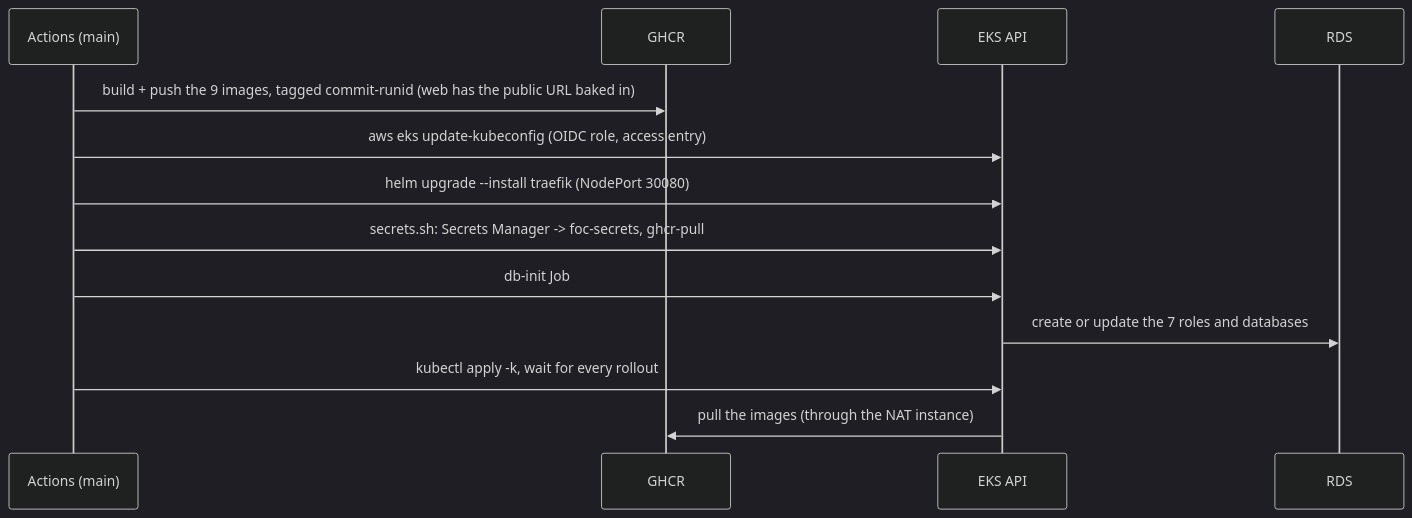
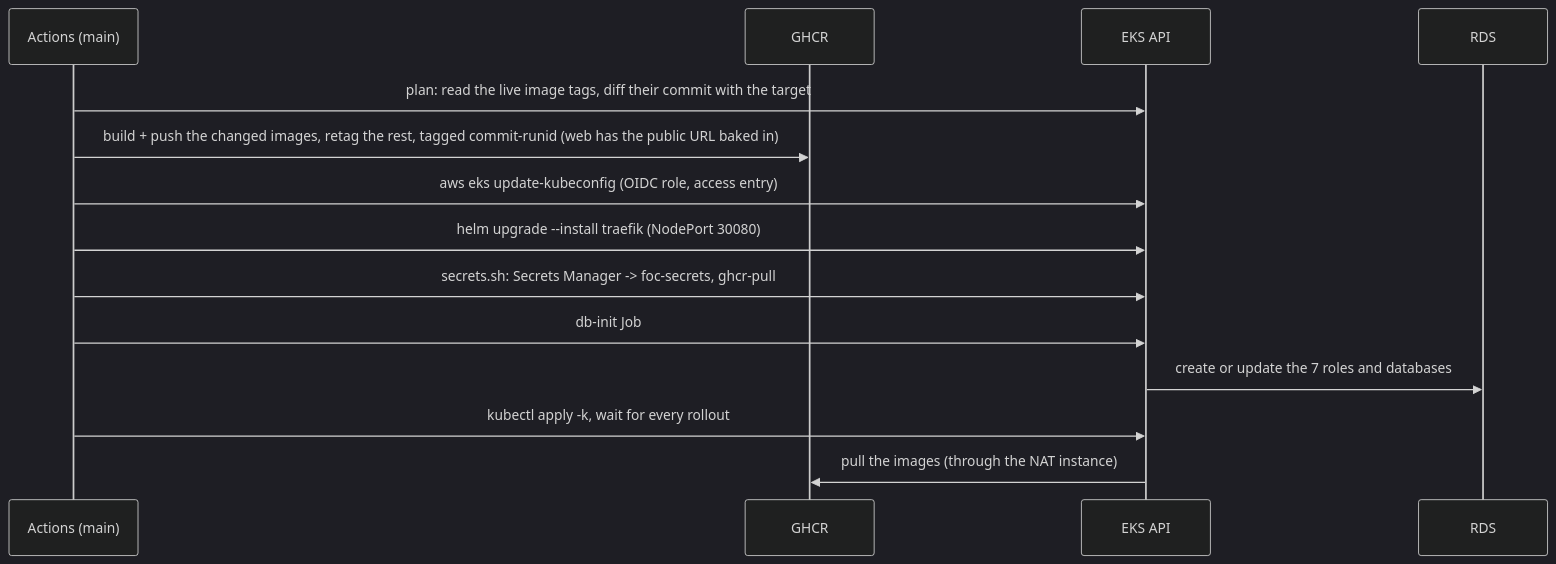
One commit to AY2627S1-CS3219-P23/foc changed the second of 2 diagrams in infra/README.md. Above: the diagram before and after it, drawn with Mermaid (dark theme). The commit also changed other lines of this file and 5 other files, not shown here.

````diff
--- a/infra/README.md
+++ b/infra/README.md
@@ -137,15 +157,16 @@
 ```mermaid
 sequenceDiagram
   participant A as Actions (main)
   participant G as GHCR
   participant K as EKS API
   participant R as RDS
-  A->>G: build + push the 9 images, tagged commit-runid (web has the public URL baked in)
+  A->>K: plan: read the live image tags, diff their commit with the target
+  A->>G: build + push the changed images, retag the rest, tagged commit-runid (web has the public URL baked in)
   A->>K: aws eks update-kubeconfig (OIDC role, access entry)
   A->>K: helm upgrade --install traefik (NodePort 30080)
   A->>K: secrets.sh: Secrets Manager -> foc-secrets, ghcr-pull
   A->>K: db-init Job
   K->>R: create or update the 7 roles and databases
   A->>K: kubectl apply -k, wait for every rollout
   K->>G: pull the images (through the NAT instance)
 ```
````
